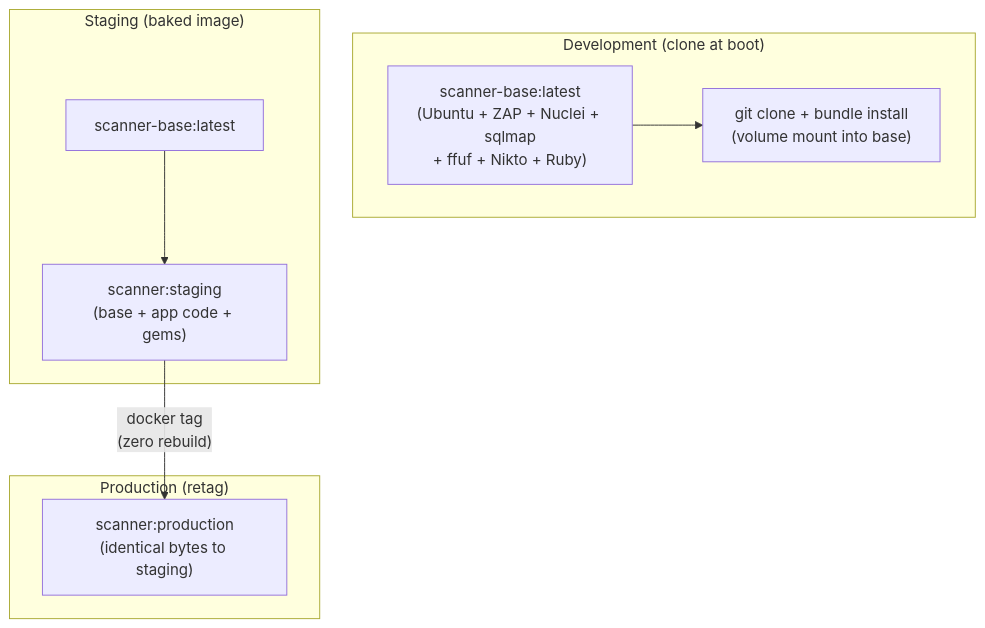
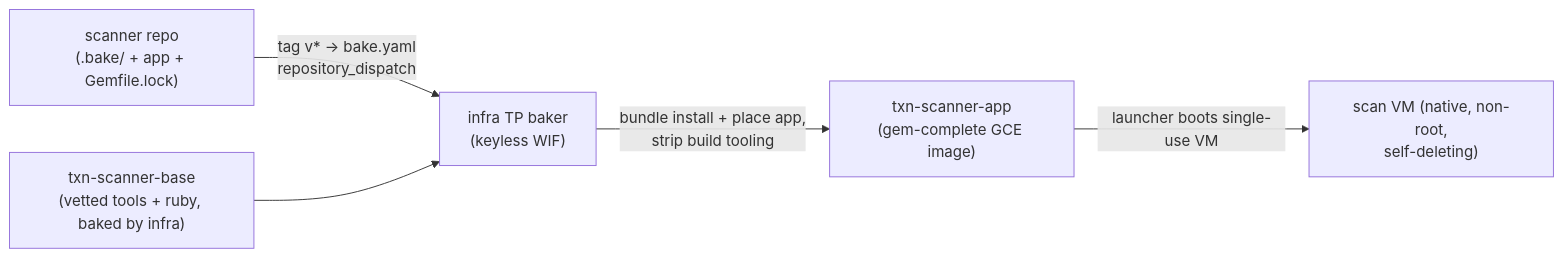
Before and after one commit to Peregrine-Technology-Systems/peregrine-penetrator-scanner: diagram 16 of 23 in docs/ARCHITECTURE.md, drawn with Mermaid. The commit also changed other lines of this file and 2 other files, not shown here.

First line of the commit message:
docs: finalize org-native docs — Docker removed, native is live (#916)

````diff
--- a/docs/ARCHITECTURE.md
+++ b/docs/ARCHITECTURE.md
@@ -638,20 +619,7 @@
 ```mermaid
-flowchart TD
-    subgraph "Development (clone at boot)"
-        DEV_BASE["scanner-base:latest<br/>(Ubuntu + ZAP + Nuclei + sqlmap<br/>+ ffuf + Nikto + Ruby)"]
-        DEV_CODE["git clone + bundle install<br/>(volume mount into base)"]
-        DEV_BASE --> DEV_CODE
-    end
-
-    subgraph "Staging (baked image)"
-        STG_BASE["scanner-base:latest"]
-        STG_APP["scanner:staging<br/>(base + app code + gems)"]
-        STG_BASE --> STG_APP
-    end
-
-    subgraph "Production (retag)"
-        PROD["scanner:production<br/>(identical bytes to staging)"]
-    end
-
-    STG_APP -->|"docker tag<br/>(zero rebuild)"| PROD
+flowchart LR
+    SRC["scanner repo<br/>(.bake/ + app + Gemfile.lock)"] -->|"tag v* → bake.yaml<br/>repository_dispatch"| BAKER["infra TP baker<br/>(keyless WIF)"]
+    BASE["txn-scanner-base<br/>(vetted tools + ruby, baked by infra)"] --> BAKER
+    BAKER -->|"bundle install + place app,<br/>strip build tooling"| APP["txn-scanner-app<br/>(gem-complete GCE image)"]
+    APP -->|"launcher boots single-use VM"| VM["scan VM (native, non-root,<br/>self-deleting)"]
 ```
````
